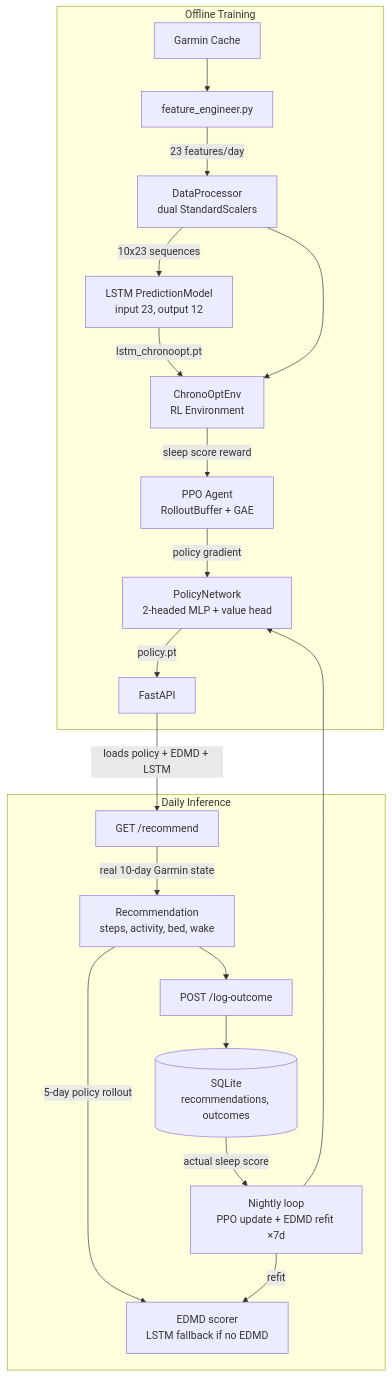
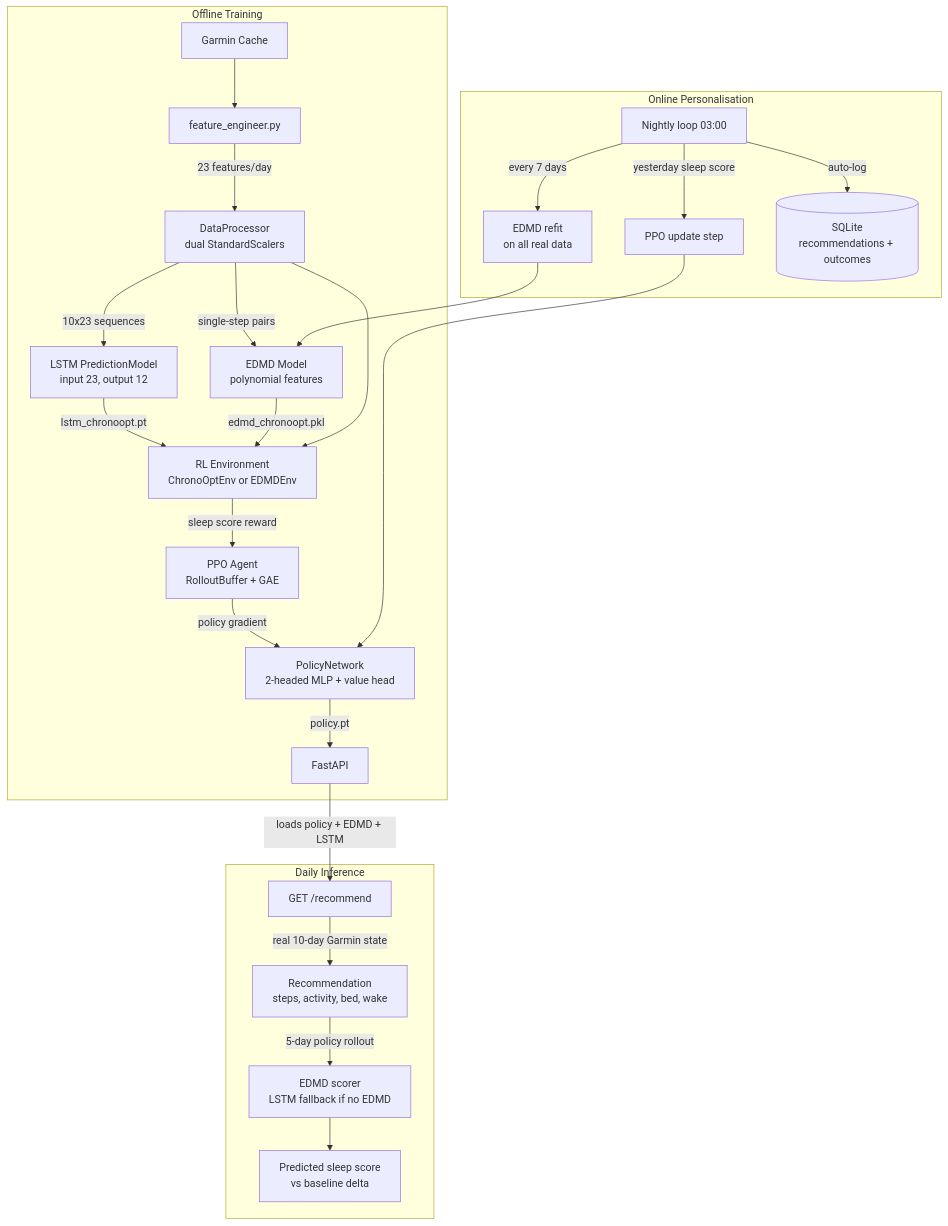
One commit to lukas-kramer07/ChronoOpt changed the diagram in README.md. Above: the diagram before and after it, drawn with Mermaid. The commit also changed other lines of this file and 2 other files, not shown here.

Commit message:
feat: add more files and architecture details

````diff
--- a/README.md
+++ b/README.md
@@ -15,24 +17,30 @@
 ```mermaid
 flowchart TD
     subgraph pipeline ["Offline Training"]
         A[Garmin Cache] --> B[feature_engineer.py]
         B -->|23 features/day| C[DataProcessor\ndual StandardScalers]
         C -->|10x23 sequences| D[LSTM PredictionModel\ninput 23, output 12]
-        D -->|lstm_chronoopt.pt| E
-        C --> E[ChronoOptEnv\nRL Environment]
-        E -->|sleep score reward| F[PPO Agent\nRolloutBuffer + GAE]
-        F -->|policy gradient| G[PolicyNetwork\n2-headed MLP + value head]
-        G -->|policy.pt| H
+        C -->|single-step pairs| E[EDMD Model\npolynomial features]
+        D -->|lstm_chronoopt.pt| F
+        E -->|edmd_chronoopt.pkl| F
+        C --> F[RL Environment\nChronoOptEnv or EDMDEnv]
+        F -->|sleep score reward| G[PPO Agent\nRolloutBuffer + GAE]
+        G -->|policy gradient| H[PolicyNetwork\n2-headed MLP + value head]
+        H -->|policy.pt| I
     end
 
     subgraph serving ["Daily Inference"]
-        H[FastAPI] -->|loads policy + EDMD + LSTM| I[GET /recommend]
-        I -->|real 10-day Garmin state| J[Recommendation\nsteps, activity, bed, wake]
-        J -->|5-day policy rollout| K[EDMD scorer\nLSTM fallback if no EDMD]
-        J --> L[POST /log-outcome]
-        L --> M[(SQLite\nrecommendations, outcomes)]
-        M -->|actual sleep score| N[Nightly loop\nPPO update + EDMD refit ×7d]
-        N --> G
-        N -->|refit| K
+        I[FastAPI] -->|loads policy + EDMD + LSTM| J[GET /recommend]
+        J -->|real 10-day Garmin state| K[Recommendation\nsteps, activity, bed, wake]
+        K -->|5-day policy rollout| L[EDMD scorer\nLSTM fallback if no EDMD]
+        L --> M[Predicted sleep score\nvs baseline delta]
+    end
+
+    subgraph loop ["Online Personalisation"]
+        N[Nightly loop 03:00] -->|yesterday sleep score| O[PPO update step]
+        N -->|every 7 days| P[EDMD refit\non all real data]
+        N -->|auto-log| Q[(SQLite\nrecommendations + outcomes)]
+        O --> H
+        P --> E
     end
 ```
````
